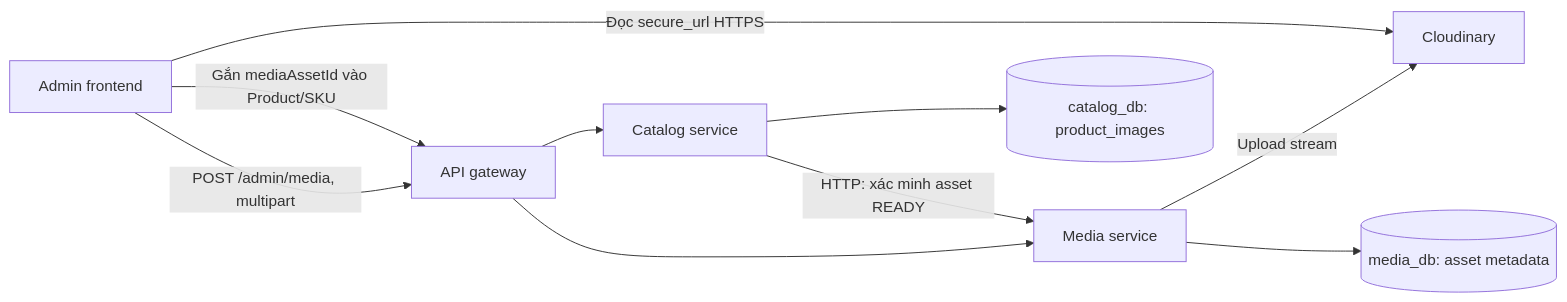
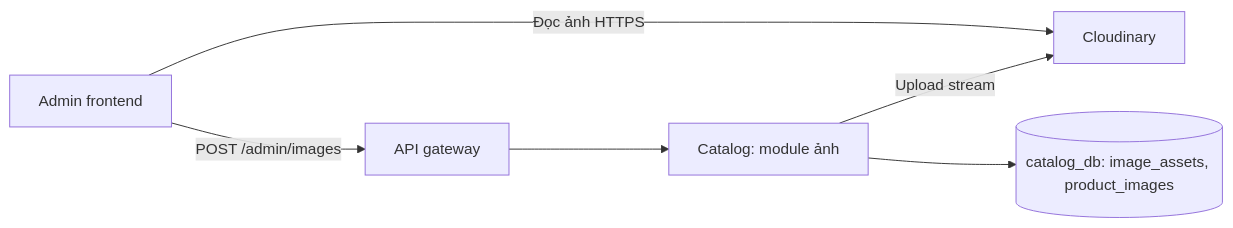
The third of 3 diagrams in docs/Folder-ARCHITECTURE.md (icurff/Nexora), drawn with Mermaid before and after one commit. The commit also changed other lines of this file and 21 other files, not shown here.

````diff
--- a/docs/Folder-ARCHITECTURE.md
+++ b/docs/Folder-ARCHITECTURE.md
@@ -333,12 +328,8 @@
 ```mermaid
 flowchart LR
-    A[Admin frontend] -->|POST /admin/media, multipart| G[API gateway]
-    G --> M[Media service]
-    M -->|Upload stream| C[Cloudinary]
-    M --> D[(media_db: asset metadata)]
-    A -->|Gắn mediaAssetId vào Product/SKU| G
-    G --> CAT[Catalog service]
-    CAT -->|HTTP: xác minh asset READY| M
-    CAT --> CD[(catalog_db: product_images)]
-    A -->|Đọc secure_url HTTPS| C
+    A[Admin frontend] -->|POST /admin/images| G[API gateway]
+    G --> CAT[Catalog: module ảnh]
+    CAT -->|Upload stream| CDN[Cloudinary]
+    CAT --> DB[(catalog_db: image_assets, product_images)]
+    A -->|Đọc ảnh HTTPS| CDN
 ```
````
